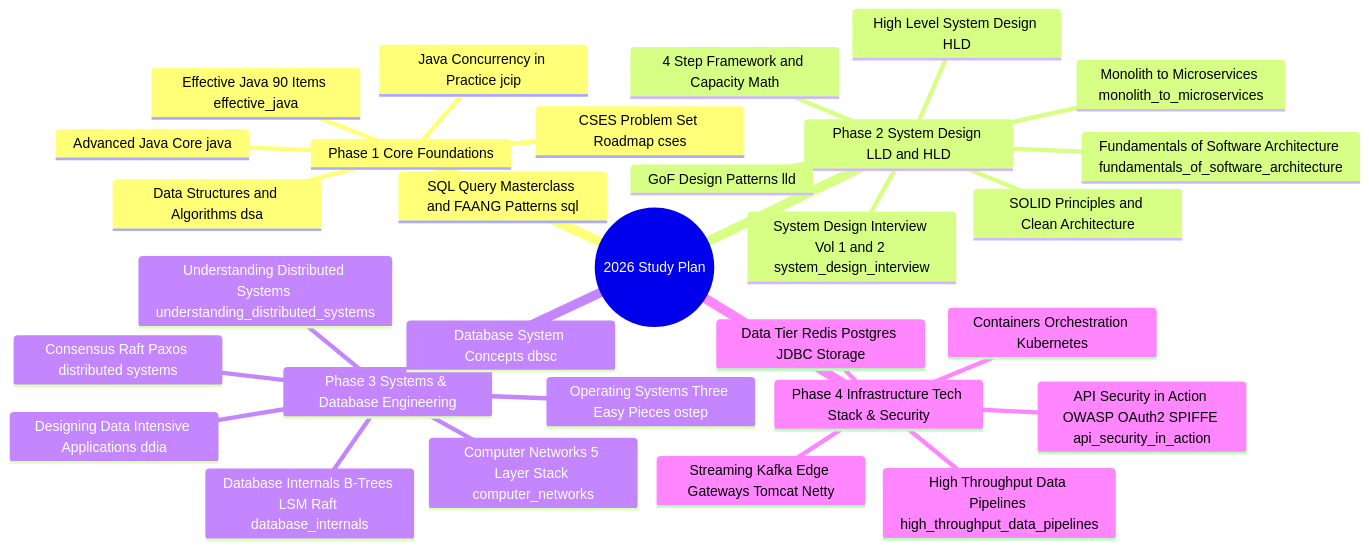
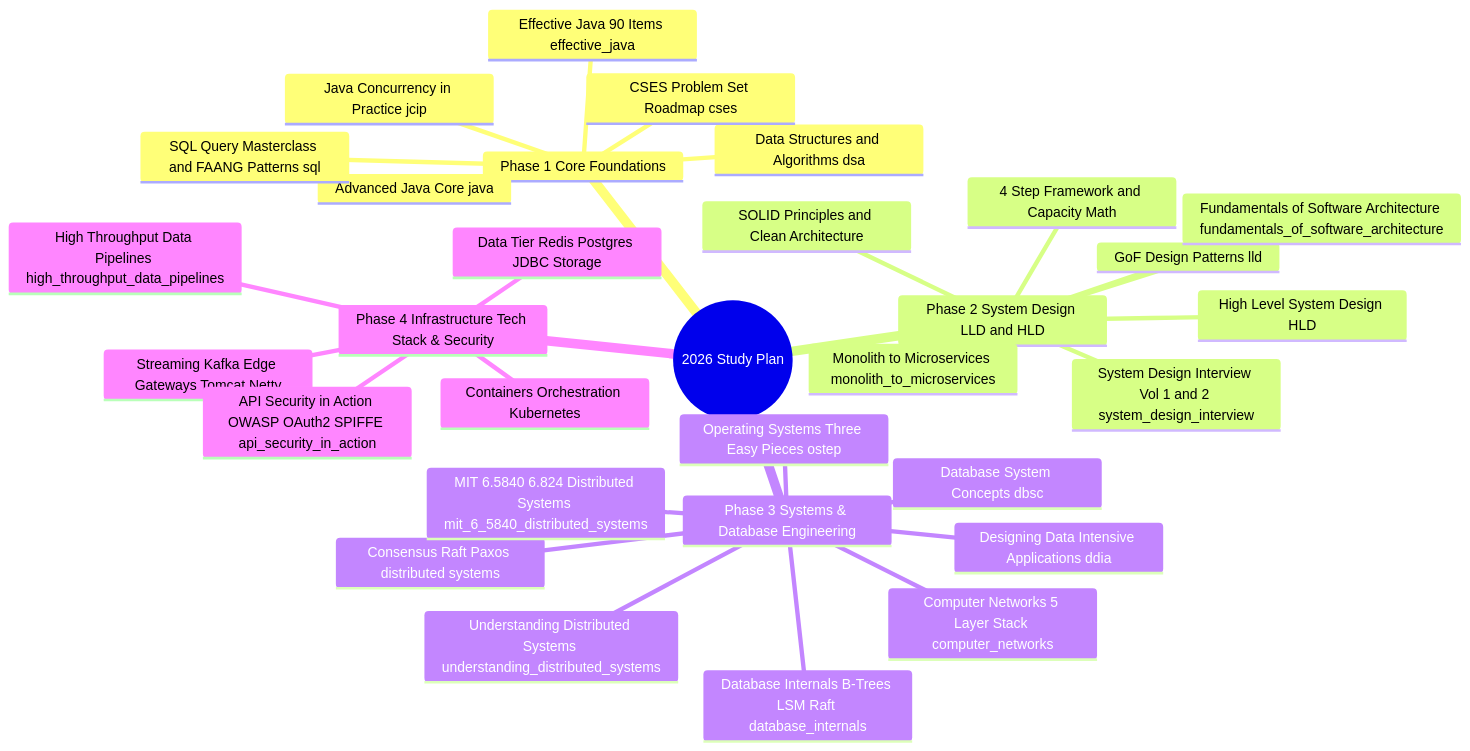
Before and after one commit to chauhankartik/private-2026: the diagram in STUDY_PLAN_2026.md, drawn with Mermaid. The commit also changed other lines of this file and 5 other files, not shown here.

Commit message:
feat(mit-65840): add MIT 6.5840 (6.824) Distributed Systems module with 4 detailed guides across MapReduce, VMware FT, Raft Consensus, Fault-Tolerant KV, Sharded KV, ZooKeeper, and Spanner with Mermaid diagrams

````diff
--- a/STUDY_PLAN_2026.md
+++ b/STUDY_PLAN_2026.md
@@ -9,33 +9,34 @@
 ```mermaid
 mindmap
   root((2026 Study Plan))
     Phase 1 Core Foundations
       Data Structures and Algorithms dsa
       CSES Problem Set Roadmap cses
       Advanced Java Core java
       Effective Java 90 Items effective_java
       Java Concurrency in Practice jcip
       SQL Query Masterclass and FAANG Patterns sql
     Phase 2 System Design LLD and HLD
       SOLID Principles and Clean Architecture
       GoF Design Patterns lld
       High Level System Design HLD
       4 Step Framework and Capacity Math
       System Design Interview Vol 1 and 2 system_design_interview
       Fundamentals of Software Architecture fundamentals_of_software_architecture
       Monolith to Microservices monolith_to_microservices
     Phase 3 Systems & Database Engineering
       Operating Systems Three Easy Pieces ostep
       Computer Networks 5 Layer Stack computer_networks
       Database System Concepts dbsc
       Database Internals B-Trees LSM Raft database_internals
       Designing Data Intensive Applications ddia
       Consensus Raft Paxos distributed systems
       Understanding Distributed Systems understanding_distributed_systems
+      MIT 6.5840 6.824 Distributed Systems mit_6_5840_distributed_systems
     Phase 4 Infrastructure Tech Stack & Security
       Data Tier Redis Postgres JDBC Storage
       Streaming Kafka Edge Gateways Tomcat Netty
       High Throughput Data Pipelines high_throughput_data_pipelines
       Containers Orchestration Kubernetes
       API Security in Action OWASP OAuth2 SPIFFE api_security_in_action
 ```
````
